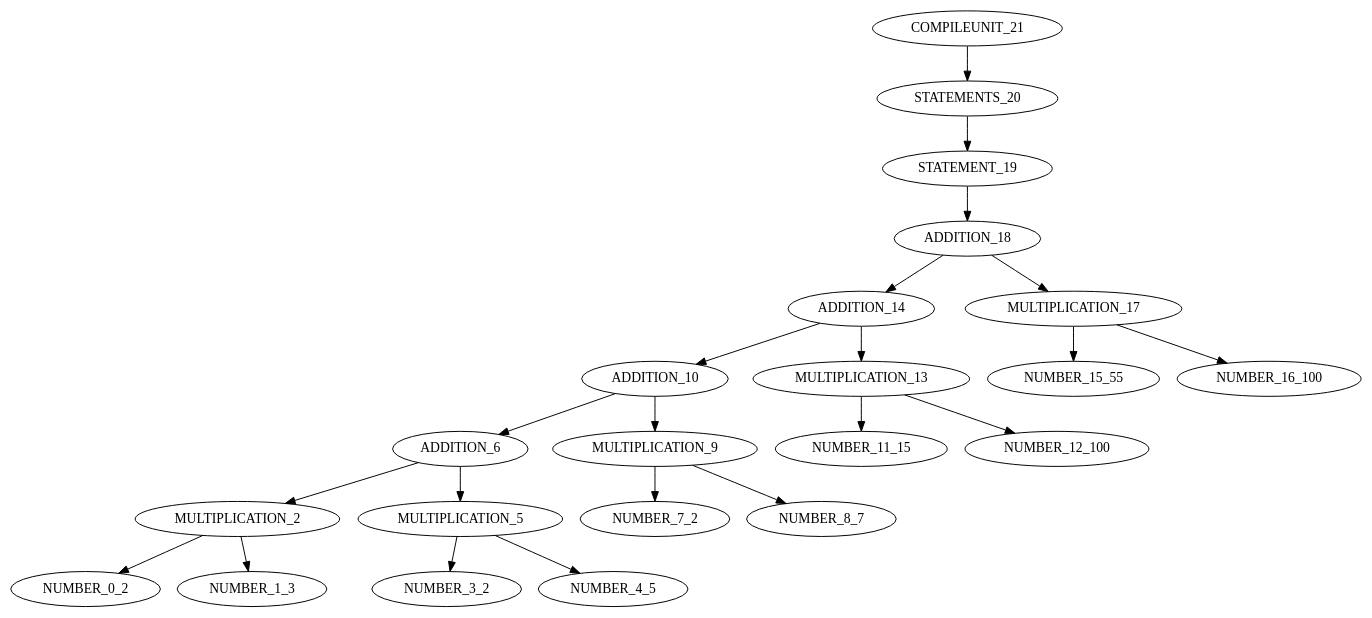
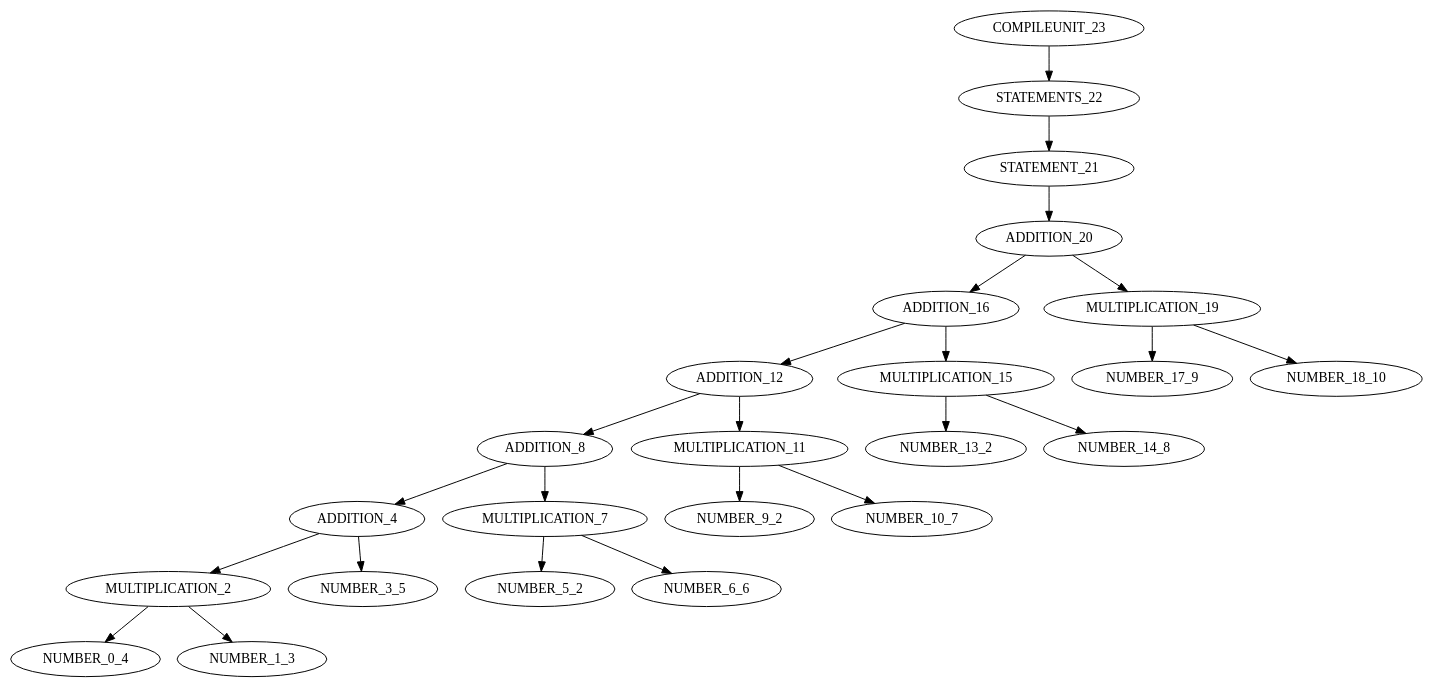
One commit to GBenakidis/Factorization-Compilers changed the diagram in stree.dot. Above: the diagram before and after it, drawn with Graphviz. The commit also changed 11 other files, not shown here.

```diff
--- a/stree.dot
+++ b/stree.dot
@@ -1,23 +1,25 @@
 digraph G{ 
-"COMPILEUNIT_21"->"STATEMENTS_20";
-"STATEMENTS_20"->"STATEMENT_19";
-"STATEMENT_19"->"ADDITION_18";
-"ADDITION_18"->"ADDITION_14";
-"ADDITION_14"->"ADDITION_10";
-"ADDITION_10"->"ADDITION_6";
-"ADDITION_6"->"MULTIPLICATION_2";
-"MULTIPLICATION_2"->"NUMBER_0_2";
+"COMPILEUNIT_23"->"STATEMENTS_22";
+"STATEMENTS_22"->"STATEMENT_21";
+"STATEMENT_21"->"ADDITION_20";
+"ADDITION_20"->"ADDITION_16";
+"ADDITION_16"->"ADDITION_12";
+"ADDITION_12"->"ADDITION_8";
+"ADDITION_8"->"ADDITION_4";
+"ADDITION_4"->"MULTIPLICATION_2";
+"MULTIPLICATION_2"->"NUMBER_0_4";
 "MULTIPLICATION_2"->"NUMBER_1_3";
-"ADDITION_6"->"MULTIPLICATION_5";
-"MULTIPLICATION_5"->"NUMBER_3_2";
-"MULTIPLICATION_5"->"NUMBER_4_5";
-"ADDITION_10"->"MULTIPLICATION_9";
-"MULTIPLICATION_9"->"NUMBER_7_2";
-"MULTIPLICATION_9"->"NUMBER_8_7";
-"ADDITION_14"->"MULTIPLICATION_13";
-"MULTIPLICATION_13"->"NUMBER_11_15";
-"MULTIPLICATION_13"->"NUMBER_12_100";
-"ADDITION_18"->"MULTIPLICATION_17";
-"MULTIPLICATION_17"->"NUMBER_15_55";
-"MULTIPLICATION_17"->"NUMBER_16_100";
+"ADDITION_4"->"NUMBER_3_5";
+"ADDITION_8"->"MULTIPLICATION_7";
+"MULTIPLICATION_7"->"NUMBER_5_2";
+"MULTIPLICATION_7"->"NUMBER_6_6";
+"ADDITION_12"->"MULTIPLICATION_11";
+"MULTIPLICATION_11"->"NUMBER_9_2";
+"MULTIPLICATION_11"->"NUMBER_10_7";
+"ADDITION_16"->"MULTIPLICATION_15";
+"MULTIPLICATION_15"->"NUMBER_13_2";
+"MULTIPLICATION_15"->"NUMBER_14_8";
+"ADDITION_20"->"MULTIPLICATION_19";
+"MULTIPLICATION_19"->"NUMBER_17_9";
+"MULTIPLICATION_19"->"NUMBER_18_10";
 }
```
